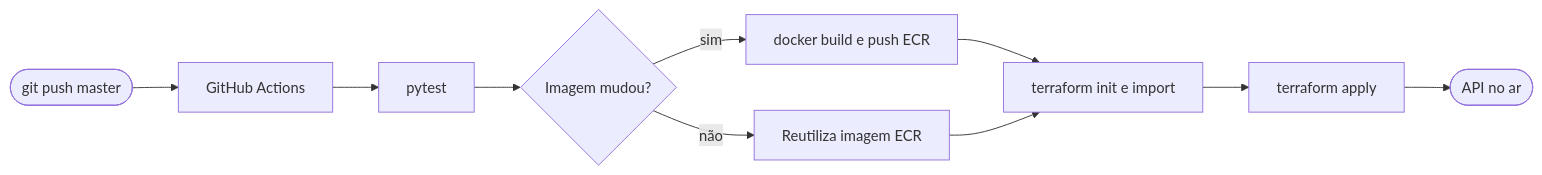
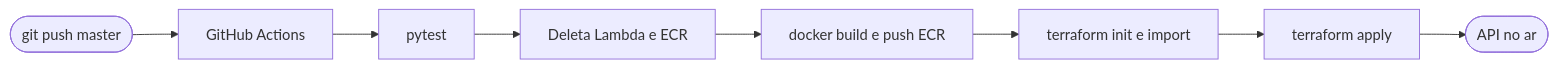
Before and after one commit to sophie-pyxis/mlops_engineer_test_01: the third of 3 diagrams in README.md, drawn with Mermaid. The commit also changed other lines of this file and 1 other file, not shown here.

Commit message:
fix(infra/deploy.yml): remove import de lambda_permission que falhava apos recreacao da Lambda

````diff
--- a/README.md
+++ b/README.md
@@ -208,22 +208,19 @@
 ```mermaid
 flowchart LR
     Push([git push master])
     GHA[GitHub Actions]
     Test[pytest]
-    Check{Imagem mudou?}
+    Delete[Deleta Lambda e ECR]
     Build[docker build e push ECR]
-    Skip[Reutiliza imagem ECR]
     TF[terraform init e import]
     Apply[terraform apply]
     Deploy([API no ar])
 
     Push --> GHA
     GHA --> Test
-    Test --> Check
-    Check -->|sim| Build
-    Check -->|não| Skip
+    Test --> Delete
+    Delete --> Build
     Build --> TF
-    Skip --> TF
     TF --> Apply
     Apply --> Deploy
 ```
````
